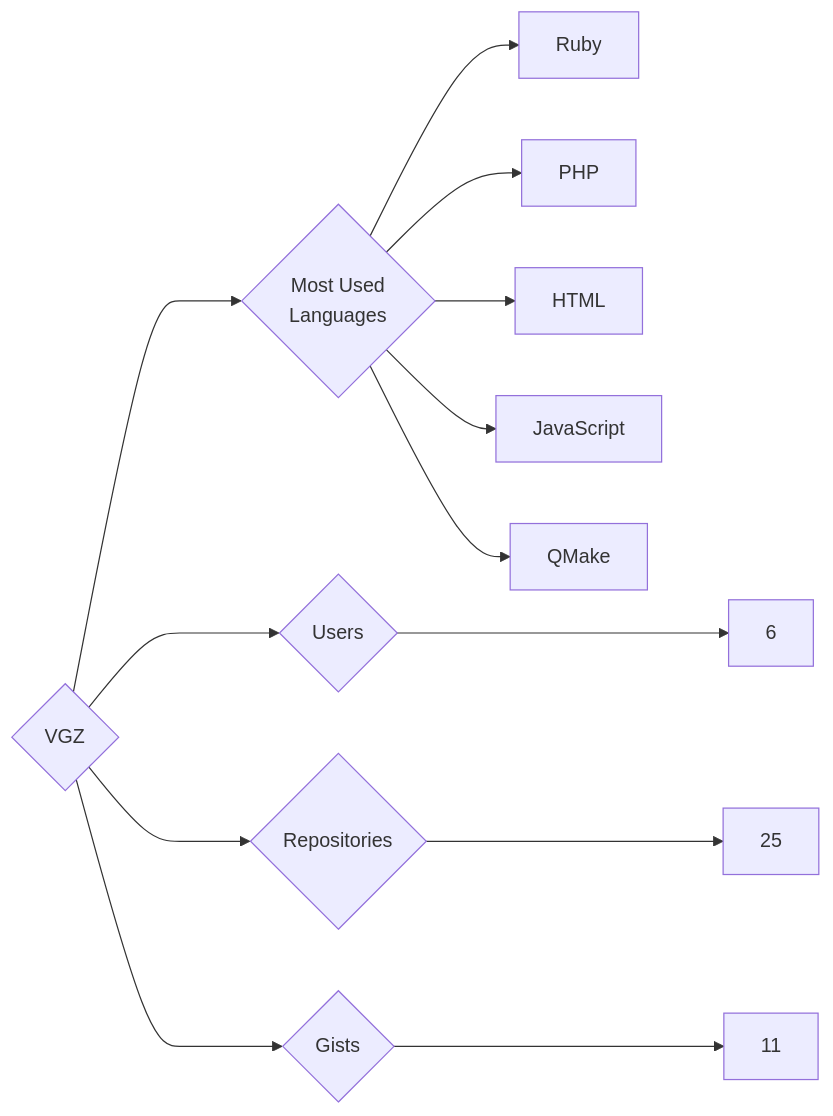
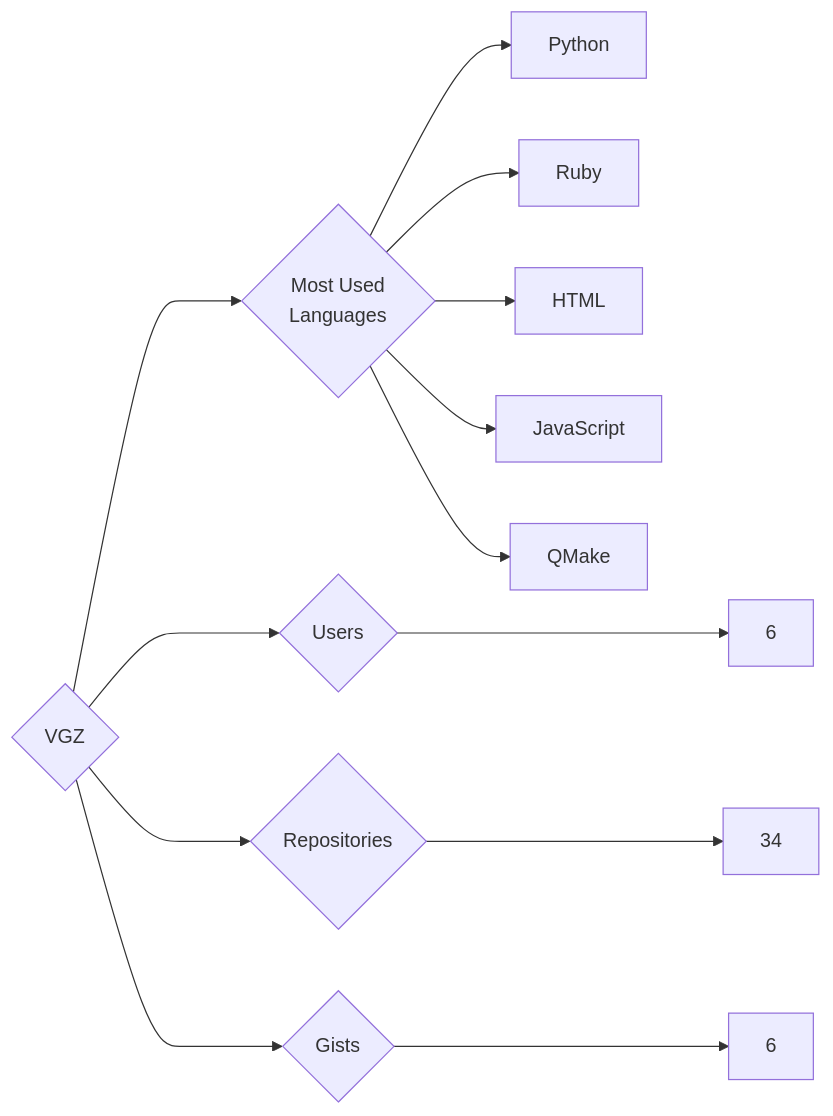
One commit to trickest/insiders changed the diagram in targets/VGZ/README.md. Above: the diagram before and after it, drawn with Mermaid. The commit also changed 928 other files, not shown here.

````diff
--- a/targets/VGZ/README.md
+++ b/targets/VGZ/README.md
@@ -3,13 +3,13 @@
 ```mermaid
 graph LR
 COMPANY_NAME{VGZ}
 COMPANY_NAME ---> U{Users} ---> UN[6]
-COMPANY_NAME ---> R{Repositories} ---> RN[25]
-COMPANY_NAME ---> G{Gists} ---> GN[11]
+COMPANY_NAME ---> R{Repositories} ---> RN[34]
+COMPANY_NAME ---> G{Gists} ---> GN[6]
 COMPANY_NAME ---> ML{Most Used<br>Languages}
+ML --> Python[Python]
 ML --> Ruby[Ruby]
-ML --> PHP[PHP]
 ML --> HTML[HTML]
 ML --> JavaScript[JavaScript]
 ML --> QMake[QMake]
 ```
````
